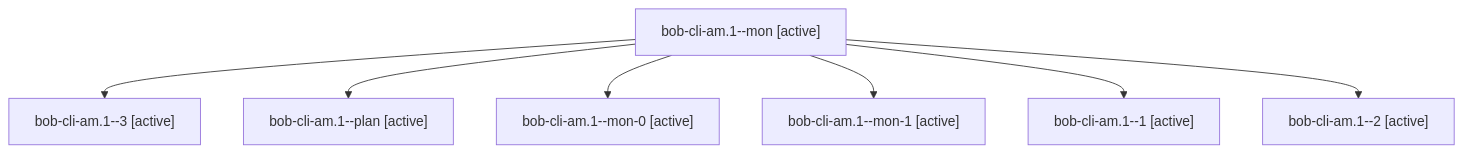
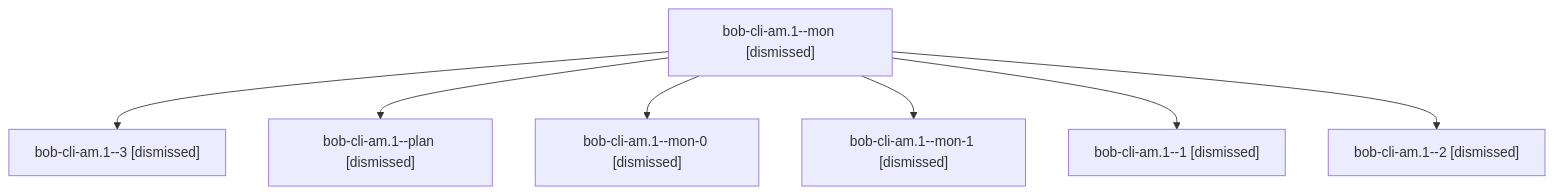
The diagram in sessions/bbugyi200.apollo.bob-cli-am.1.md (bobs-org/bob-cli--agents), drawn with Mermaid before and after one commit. The commit also changed other lines of this file and 225 other files, not shown here.

````diff
--- a/sessions/bbugyi200.apollo.bob-cli-am.1.md
+++ b/sessions/bbugyi200.apollo.bob-cli-am.1.md
@@ -9,16 +9,16 @@
 ```mermaid
 flowchart TD
-  n0["bob-cli-am.1--mon [active]"]
-  n1["bob-cli-am.1--3 [active]"]
+  n0["bob-cli-am.1--mon [dismissed]"]
+  n1["bob-cli-am.1--3 [dismissed]"]
   n0 --> n1
-  n2["bob-cli-am.1--plan [active]"]
+  n2["bob-cli-am.1--plan [dismissed]"]
   n0 --> n2
-  n3["bob-cli-am.1--mon-0 [active]"]
+  n3["bob-cli-am.1--mon-0 [dismissed]"]
   n0 --> n3
-  n4["bob-cli-am.1--mon-1 [active]"]
+  n4["bob-cli-am.1--mon-1 [dismissed]"]
   n0 --> n4
-  n5["bob-cli-am.1--1 [active]"]
+  n5["bob-cli-am.1--1 [dismissed]"]
   n0 --> n5
-  n6["bob-cli-am.1--2 [active]"]
+  n6["bob-cli-am.1--2 [dismissed]"]
   n0 --> n6
 ```
````
